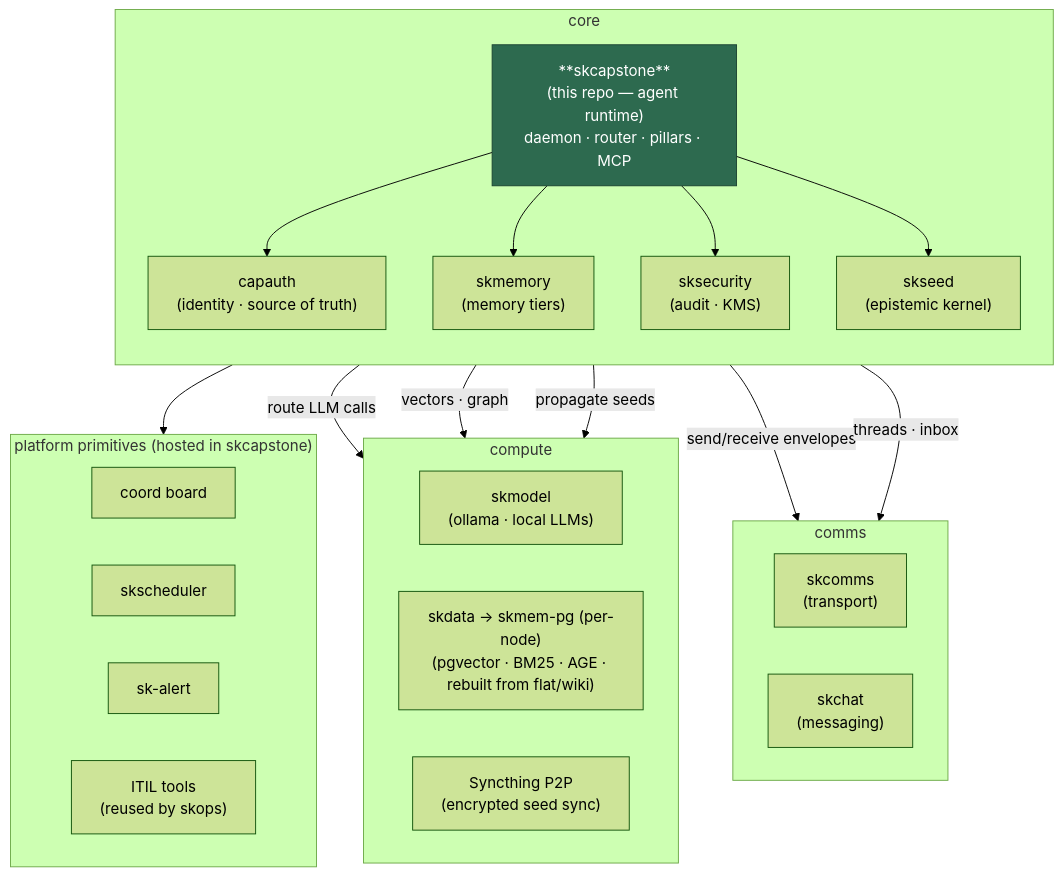
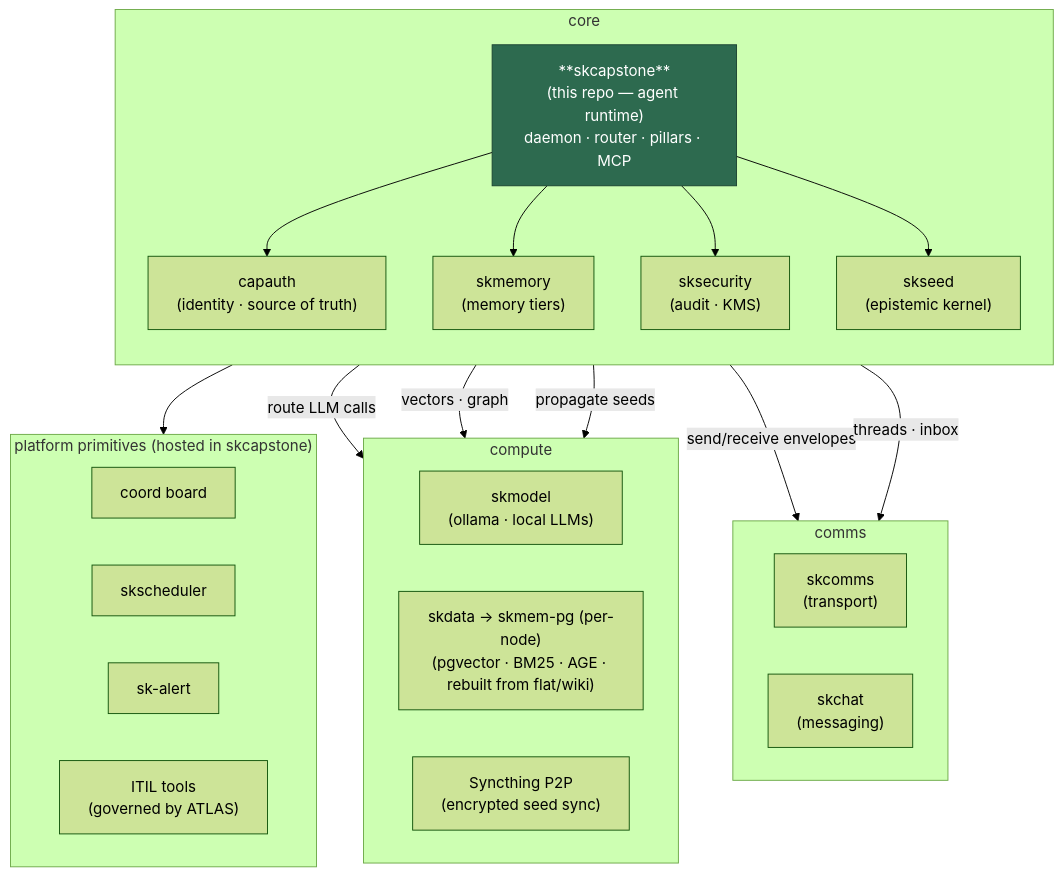
The eighth of 8 diagrams in docs/ARCHITECTURE.md (smilinTux/skcapstone), drawn with Mermaid (forest theme) before and after one commit. The commit also changed other lines of this file and 5 other files, not shown here.

Commit message:
fix(atlas): gate skbrain exposure and retire skops surfaces

````diff
--- a/docs/ARCHITECTURE.md
+++ b/docs/ARCHITECTURE.md
@@ -891,45 +891,45 @@
 ```mermaid
 flowchart TD
     subgraph CORE["core"]
       direction TB
       SKCAP["**skcapstone**<br/>(this repo — agent runtime)<br/>daemon · router · pillars · MCP"]
       CAPAUTH["capauth<br/>(identity · source of truth)"]
       SKMEM["skmemory<br/>(memory tiers)"]
       SKSEC["sksecurity<br/>(audit · KMS)"]
       SKSEED["skseed<br/>(epistemic kernel)"]
     end
 
     subgraph PLAT["platform primitives (hosted in skcapstone)"]
       direction LR
       COORD["coord board"]
       SCHED["skscheduler"]
       ALERT["sk-alert"]
-      ITILP["ITIL tools<br/>(reused by skops)"]
+      ITILP["ITIL tools<br/>(governed by ATLAS)"]
     end
 
     subgraph COMMS["comms"]
       direction LR
       SKCOMMS["skcomms<br/>(transport)"]
       SKCHAT["skchat<br/>(messaging)"]
     end
 
     subgraph COMPUTE["compute"]
       direction LR
       SKMODEL["skmodel<br/>(ollama · local LLMs)"]
       SKDATA["skdata → skmem-pg (per-node)<br/>(pgvector · BM25 · AGE · rebuilt from flat/wiki)"]
       SYNCT["Syncthing P2P<br/>(encrypted seed sync)"]
     end
 
     SKCAP --> CAPAUTH
     SKCAP --> SKMEM
     SKCAP --> SKSEC
     SKCAP --> SKSEED
     SKCAP --> PLAT
     SKCAP -->|"send/receive envelopes"| SKCOMMS
     SKCAP -->|"threads · inbox"| SKCHAT
     SKCAP -->|"route LLM calls"| SKMODEL
     SKCAP -->|"vectors · graph"| SKDATA
     SKCAP -->|"propagate seeds"| SYNCT
 
     style SKCAP fill:#2d6a4f,color:#fff,stroke:#1b4332
 ```
````
